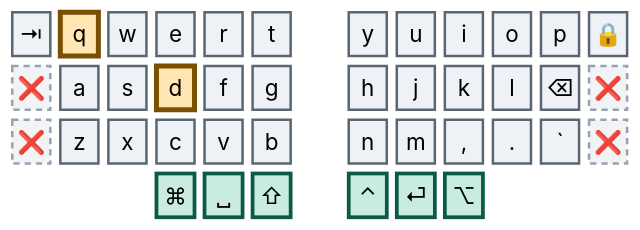
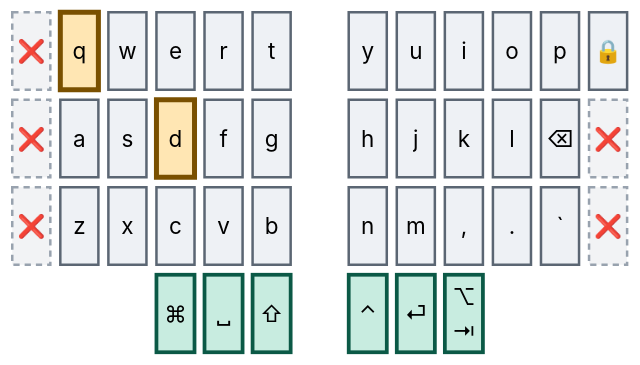
Before and after one commit to abloch/zmk-corne: diagram 16 of 41 in combos.md, drawn with Mermaid. The commit also changed other lines of this file and 5 other files, not shown here.

````diff
--- a/combos.md
+++ b/combos.md
@@ -425,21 +425,21 @@
 ```mermaid
 %%{init: {'theme':'base','themeVariables':{'primaryColor':'#eef1f5','primaryTextColor':'#0b0f14','primaryBorderColor':'#5b6673','nodeTextColor':'#0b0f14','textColor':'#0b0f14','mainBkg':'#eef1f5','fontSize':'18px'}}}%%
 block
 columns 13
 
-  tab["⇥"] q w e r t space y u i o p lock["🔒"]
+  tab["❌"] q w e r t space y u i o p lock["🔒"]
   x4["❌"] a s d f g space h j k l bspc["⌫"] x1["❌"]
   x2["❌"] z x c v b space n m cma[","] dot["."] grv[" `"] x3["❌"]
-  space:3 cmd["⌘"] spc["␣"] sft["⇧"] space ctl["⌃"] ent["⏎"] alt["⌥"] space:3
+  space:3 cmd["⌘"] spc["␣"] sft["⇧"] space ctl["⌃"] ent["⏎"] alt["⌥<br/>⇥"] space:3
 
   classDef anchor fill:#bfe6f0,stroke:#0a4f63,stroke-width:4px,color:#04222b
   classDef trig fill:#ffe6b3,stroke:#7a5000,stroke-width:4px,color:#2e1e00
   classDef core fill:#eef1f5,stroke:#5b6673,stroke-width:2px,color:#0b0f14
   classDef thumb fill:#c8ece0,stroke:#0b5946,stroke-width:3px,color:#06241c
   classDef dead fill:#f2f3f5,stroke:#98a2ae,stroke-width:2px,stroke-dasharray:5 4,color:#5b6673
 
   class q,d trig
-  class tab,w,e,r,t,y,u,i,o,p,lock,a,s,f,g,h,j,k,l,bspc,z,x,c,v,b,n,m,cma,dot,grv core
+  class w,e,r,t,y,u,i,o,p,lock,a,s,f,g,h,j,k,l,bspc,z,x,c,v,b,n,m,cma,dot,grv core
   class cmd,spc,sft,ctl,ent,alt thumb
-  class x1,x2,x3,x4 dead
+  class tab,x1,x2,x3,x4 dead
 ```
````
